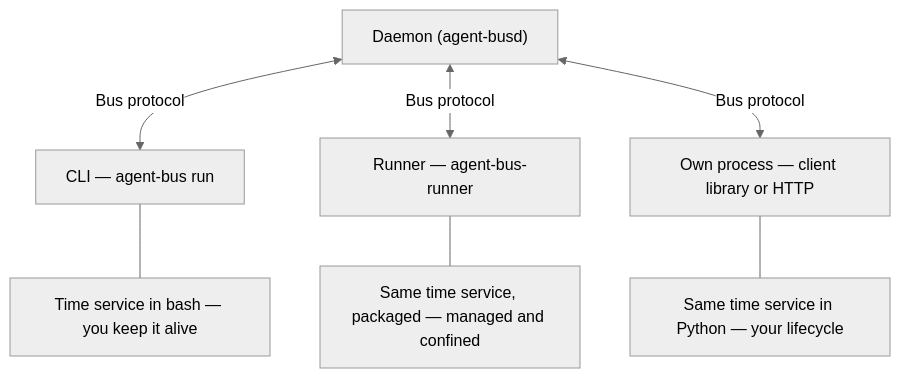
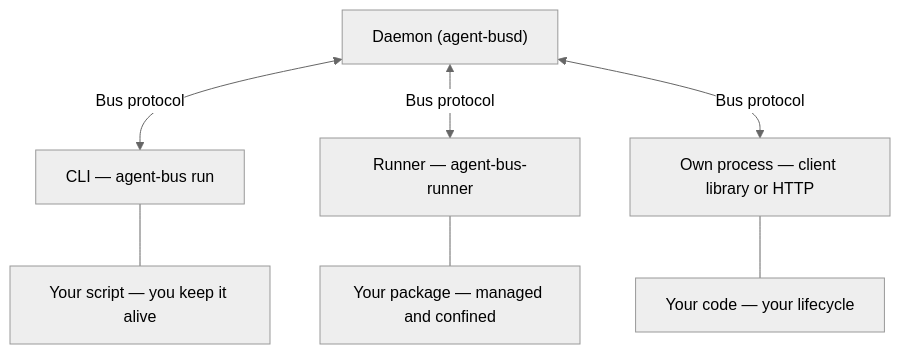
Before and after one commit to parf/ai-agent-bus: the diagram in docs/10-writing-an-agent.md, drawn with Mermaid (neutral theme). The commit also changed other lines of this file and 5 other files, not shown here.

````diff
--- a/docs/10-writing-an-agent.md
+++ b/docs/10-writing-an-agent.md
@@ -10,10 +10,10 @@
 ```mermaid
 flowchart TB
     D["Daemon (agent-busd)"]
     D <-->|"Bus protocol"| C["CLI — agent-bus run"]
     D <-->|"Bus protocol"| R["Runner — agent-bus-runner"]
     D <-->|"Bus protocol"| P["Own process — client library or HTTP"]
-    C --- B["Time service in bash — you keep it alive"]
-    R --- M["Same time service, packaged — managed and confined"]
-    P --- Y["Same time service in Python — your lifecycle"]
+    C --- B["Your script — you keep it alive"]
+    R --- M["Your package — managed and confined"]
+    P --- Y["Your code — your lifecycle"]
 ```
````
